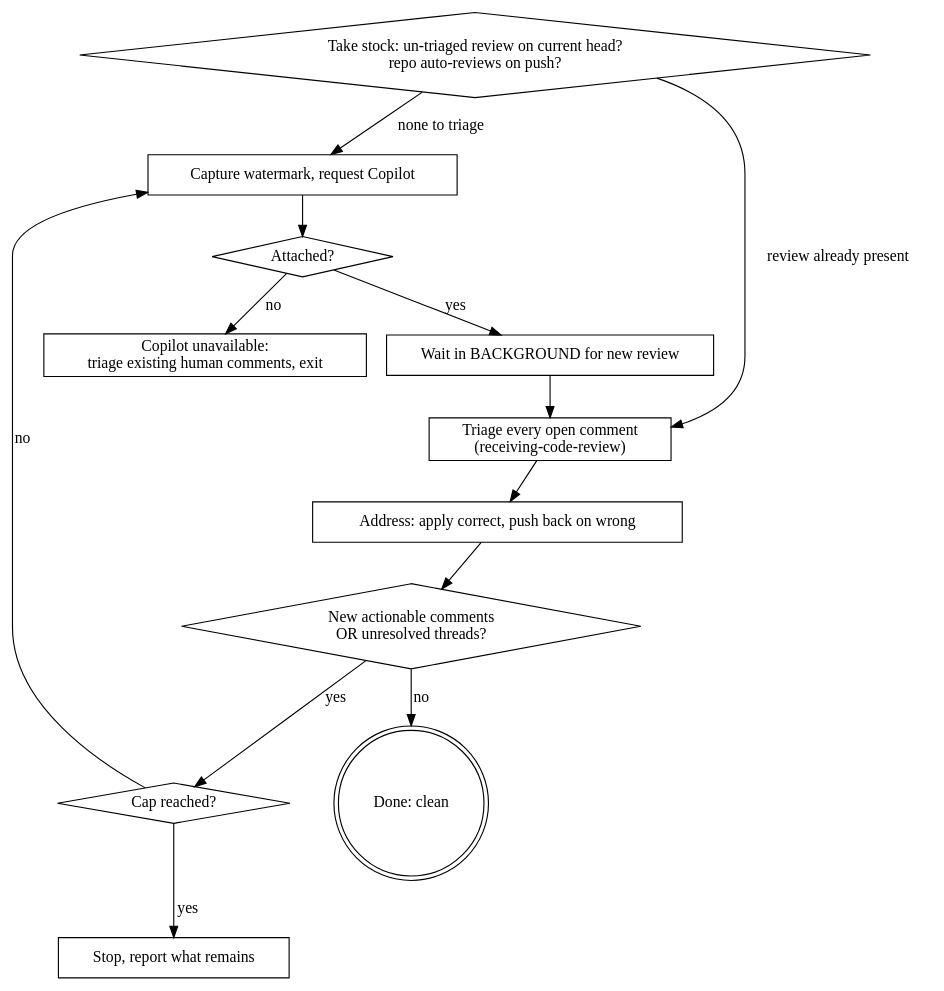
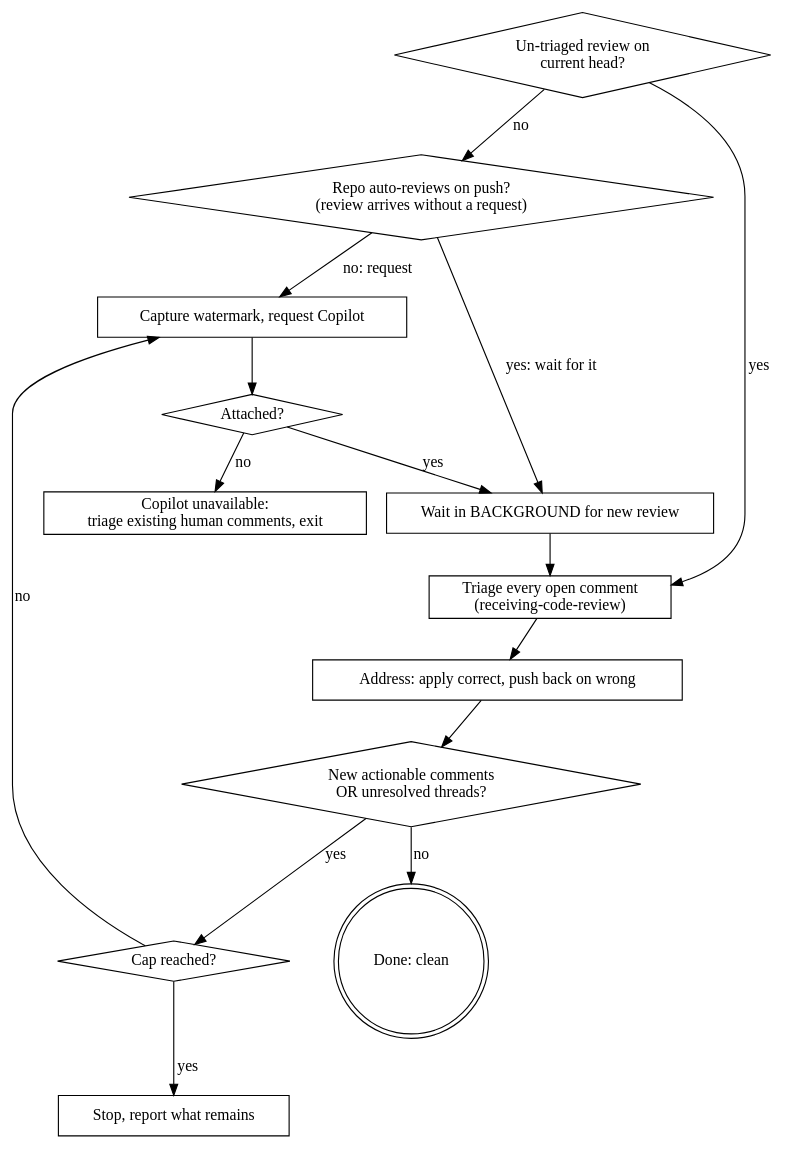
The diagram in skills/review-loop/SKILL.md (sourcehawk/feature-dev-workflow), drawn with Graphviz before and after one commit.

Commit message:
fix(skills/review-loop): branch the entry diagram on auto-review-on-push
The take-stock diamond asked about both an existing review and
auto-review-on-push but only branched on the former, so the "none to
triage" edge routed to an explicit request — contradicting the prose that
says an auto-review repo should wait for the queued review, not request.
Split it into two diamonds so the auto-review-on-push path waits instead.

````diff
--- a/skills/review-loop/SKILL.md
+++ b/skills/review-loop/SKILL.md
@@ -40,28 +40,31 @@
 ```dot
 digraph review_loop {
-    "Take stock: un-triaged review on current head?\nrepo auto-reviews on push?" [shape=diamond];
+    "Un-triaged review on\ncurrent head?" [shape=diamond];
+    "Repo auto-reviews on push?\n(review arrives without a request)" [shape=diamond];
     "Capture watermark, request Copilot" [shape=box];
     "Attached?" [shape=diamond];
     "Copilot unavailable:\ntriage existing human comments, exit" [shape=box];
     "Wait in BACKGROUND for new review" [shape=box];
     "Triage every open comment\n(receiving-code-review)" [shape=box];
     "Address: apply correct, push back on wrong" [shape=box];
     "New actionable comments\nOR unresolved threads?" [shape=diamond];
     "Cap reached?" [shape=diamond];
     "Done: clean" [shape=doublecircle];
     "Stop, report what remains" [shape=box];
 
-    "Take stock: un-triaged review on current head?\nrepo auto-reviews on push?" -> "Triage every open comment\n(receiving-code-review)" [label="review already present"];
-    "Take stock: un-triaged review on current head?\nrepo auto-reviews on push?" -> "Capture watermark, request Copilot" [label="none to triage"];
+    "Un-triaged review on\ncurrent head?" -> "Triage every open comment\n(receiving-code-review)" [label="yes"];
+    "Un-triaged review on\ncurrent head?" -> "Repo auto-reviews on push?\n(review arrives without a request)" [label="no"];
+    "Repo auto-reviews on push?\n(review arrives without a request)" -> "Wait in BACKGROUND for new review" [label="yes: wait for it"];
+    "Repo auto-reviews on push?\n(review arrives without a request)" -> "Capture watermark, request Copilot" [label="no: request"];
     "Capture watermark, request Copilot" -> "Attached?";
     "Attached?" -> "Copilot unavailable:\ntriage existing human comments, exit" [label="no"];
     "Attached?" -> "Wait in BACKGROUND for new review" [label="yes"];
     "Wait in BACKGROUND for new review" -> "Triage every open comment\n(receiving-code-review)";
     "Triage every open comment\n(receiving-code-review)" -> "Address: apply correct, push back on wrong";
     "Address: apply correct, push back on wrong" -> "New actionable comments\nOR unresolved threads?";
     "New actionable comments\nOR unresolved threads?" -> "Cap reached?" [label="yes"];
     "Cap reached?" -> "Capture watermark, request Copilot" [label="no"];
     "Cap reached?" -> "Stop, report what remains" [label="yes"];
     "New actionable comments\nOR unresolved threads?" -> "Done: clean" [label="no"];
 }
 ```
````
